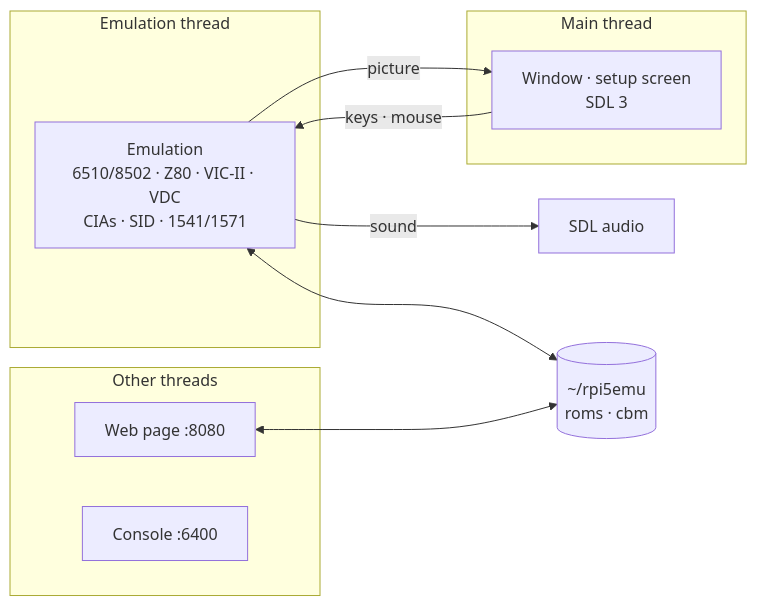
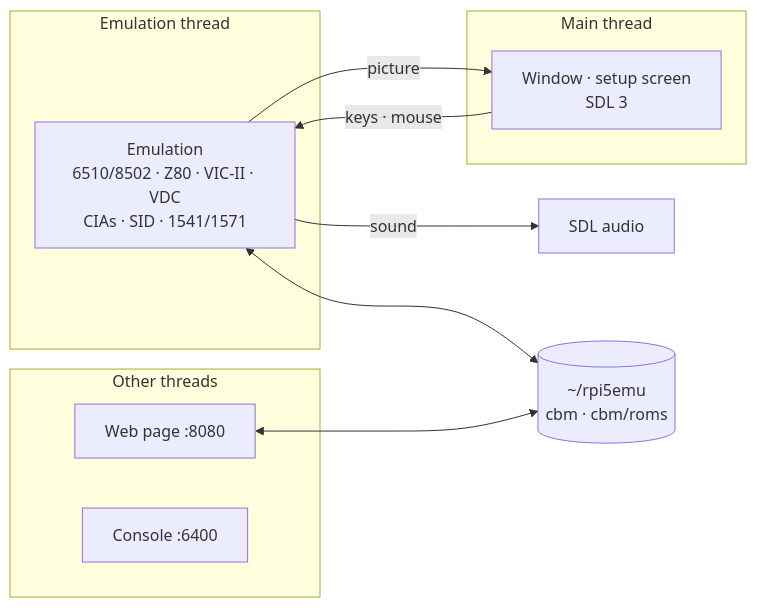
Before and after one commit to rlucencic/rpi5cbm: the diagram in README.md, drawn with Mermaid. The commit also changed other lines of this file and 3 other files, not shown here.

First line of the commit message:
ROMs in ~/rpi5emu/cbm/roms

````diff
--- a/README.md
+++ b/README.md
@@ -180,19 +180,19 @@
 ```mermaid
 flowchart LR
   subgraph emu [Emulation thread]
     EMU["Emulation<br>6510/8502 · Z80 · VIC-II · VDC<br>CIAs · SID · 1541/1571"]
   end
   subgraph main [Main thread]
     WIN["Window · setup screen<br>SDL 3"]
   end
   subgraph others [Other threads]
     WEB[Web page :8080]
     CON[Console :6400]
   end
   EMU -- picture --> WIN
   EMU -- sound --> SND[SDL audio]
   WIN -- keys · mouse --> EMU
-  DATA[("~/rpi5emu<br>roms · cbm")]
+  DATA[("~/rpi5emu<br>cbm · cbm/roms")]
   EMU <--> DATA
   WEB <--> DATA
 ```
````
